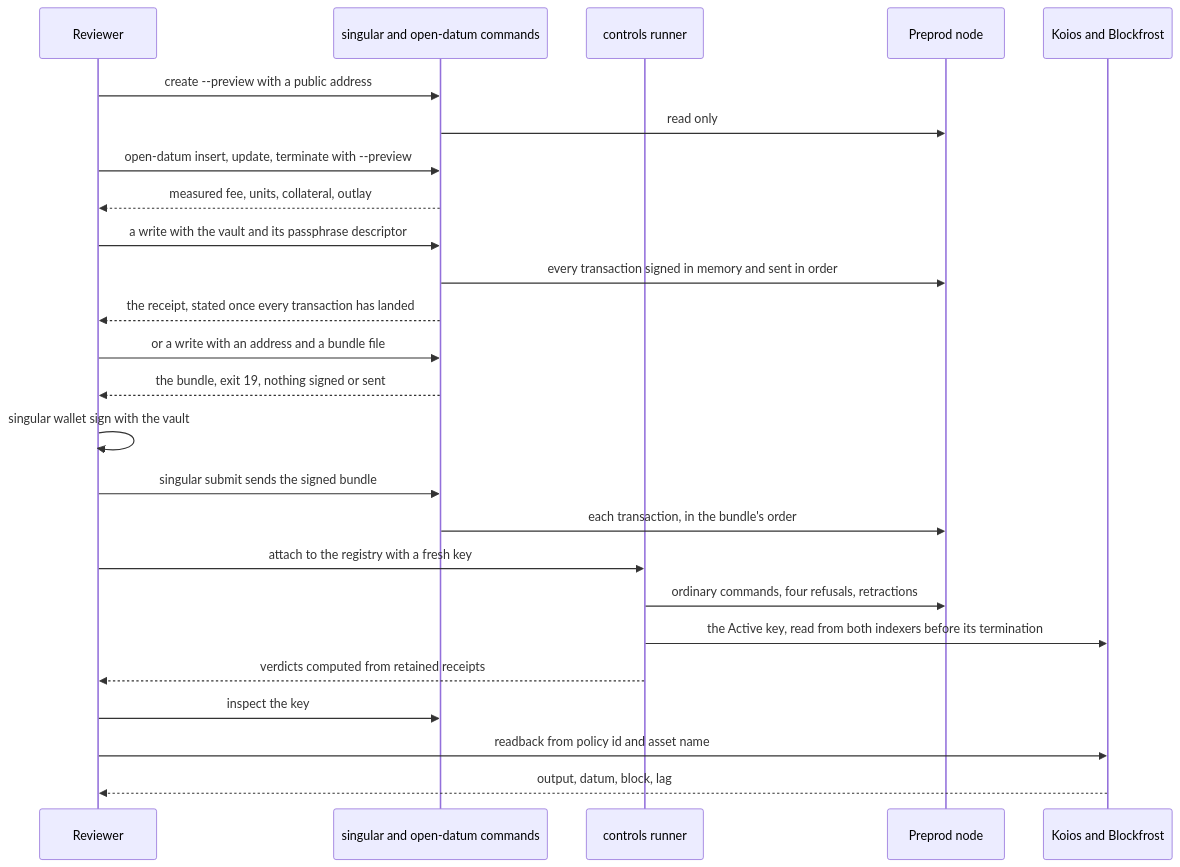
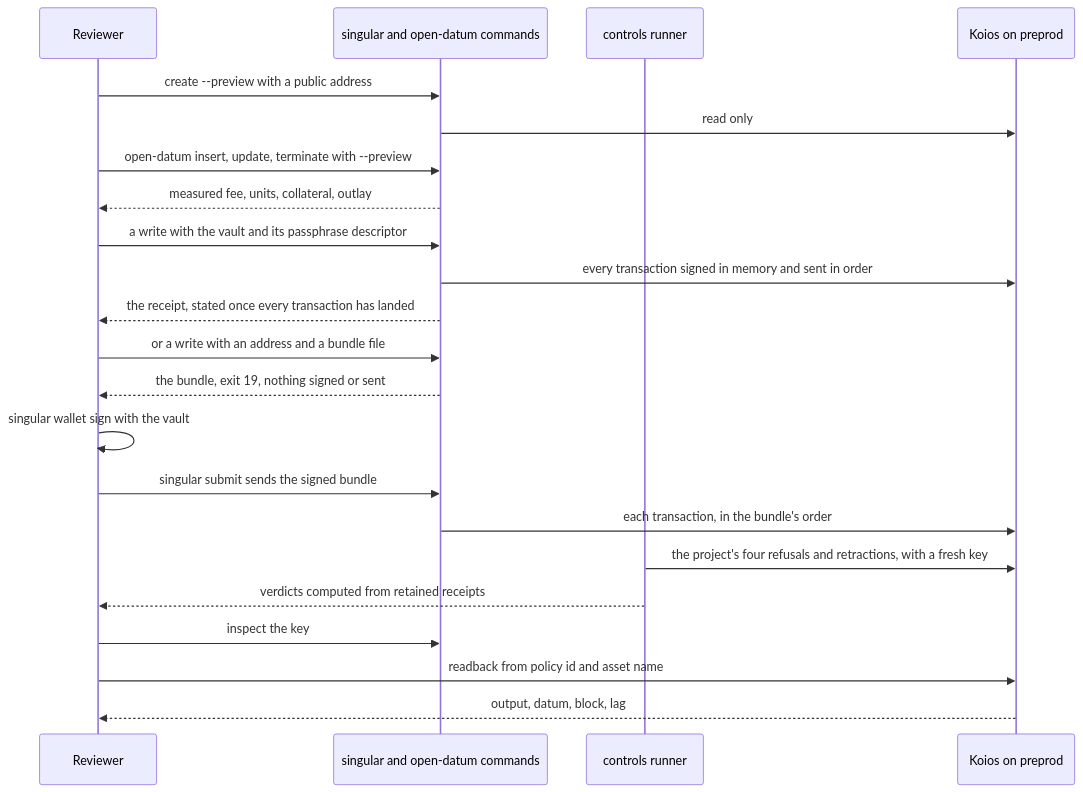
The first of 2 diagrams in docs/demo1-preprod.md (lambdasistemi/singular), drawn with Mermaid before and after one commit. The commit also changed other lines of this file and 13 other files, not shown here.

Commit message:
docs: one funded output, Koios only, vault first, current tags and paths

````diff
--- a/docs/demo1-preprod.md
+++ b/docs/demo1-preprod.md
@@ -13,27 +13,24 @@
 ```mermaid
 sequenceDiagram
     participant R as Reviewer
     participant S as singular and open-datum commands
     participant C as controls runner
-    participant N as Preprod node
-    participant I as Koios and Blockfrost
+    participant K as Koios on preprod
     R->>S: create --preview with a public address
-    S->>N: read only
+    S->>K: read only
     R->>S: open-datum insert, update, terminate with --preview
     S-->>R: measured fee, units, collateral, outlay
     R->>S: a write with the vault and its passphrase descriptor
-    S->>N: every transaction signed in memory and sent in order
+    S->>K: every transaction signed in memory and sent in order
     S-->>R: the receipt, stated once every transaction has landed
     R->>S: or a write with an address and a bundle file
     S-->>R: the bundle, exit 19, nothing signed or sent
     R->>R: singular wallet sign with the vault
     R->>S: singular submit sends the signed bundle
-    S->>N: each transaction, in the bundle's order
-    R->>C: attach to the registry with a fresh key
-    C->>N: ordinary commands, four refusals, retractions
-    C->>I: the Active key, read from both indexers before its termination
+    S->>K: each transaction, in the bundle's order
+    C->>K: the project's four refusals and retractions, with a fresh key
     C-->>R: verdicts computed from retained receipts
     R->>S: inspect the key
-    R->>I: readback from policy id and asset name
-    I-->>R: output, datum, block, lag
+    R->>K: readback from policy id and asset name
+    K-->>R: output, datum, block, lag
 ```
````
